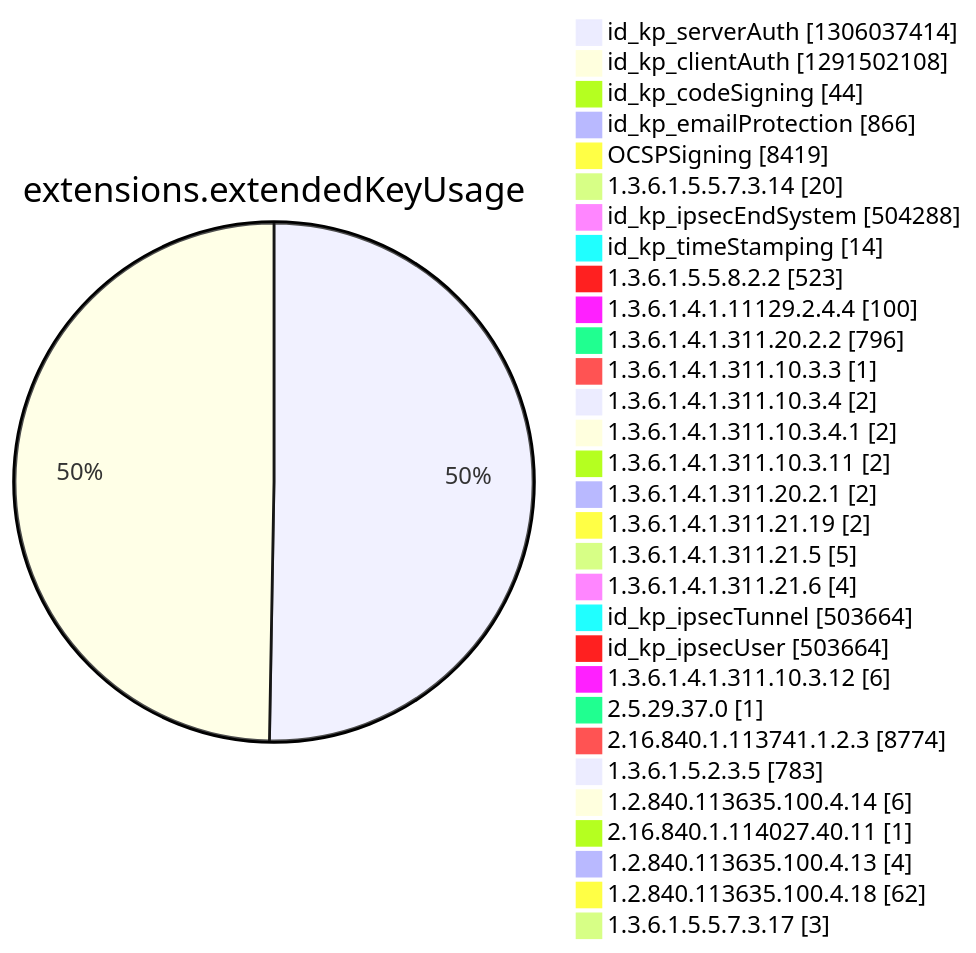
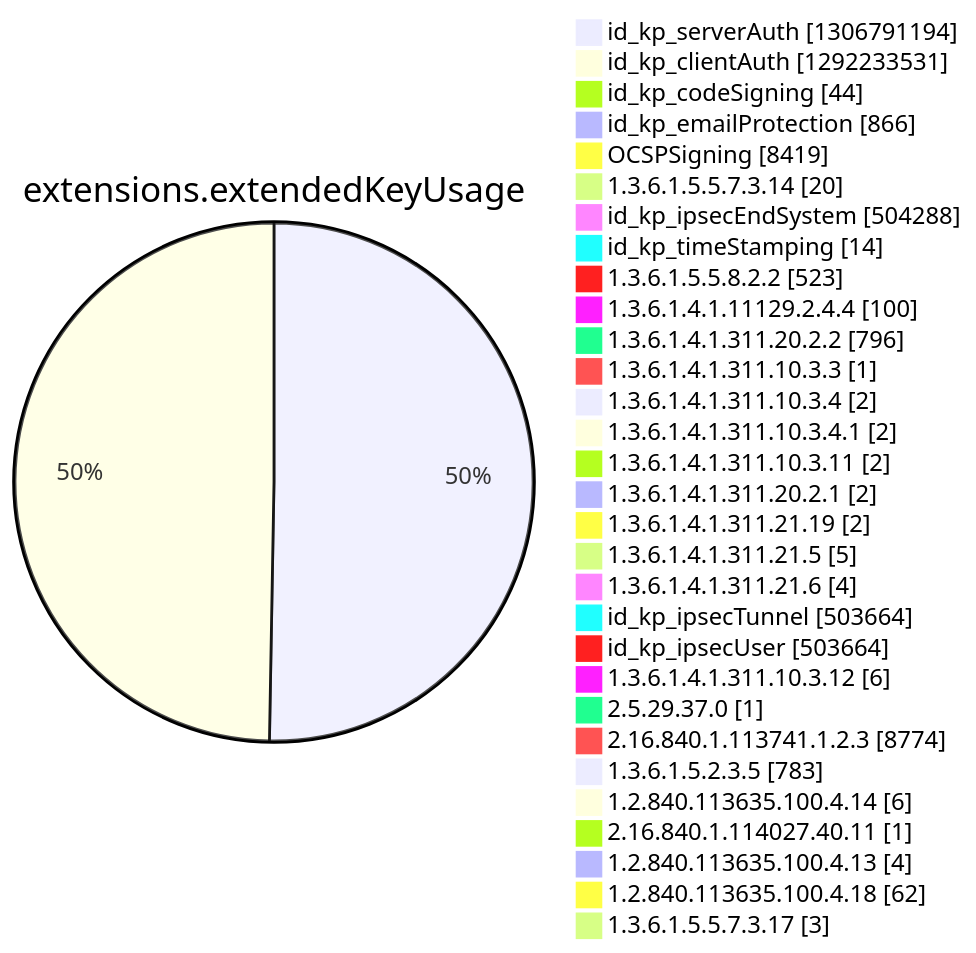
Diagram 12 of 15 in argon2022/README.md (christiankrug/ctmonitor_visualization), drawn with Mermaid before and after one commit. The commit also changed other lines of this file, not shown here.

````diff
--- a/argon2022/README.md
+++ b/argon2022/README.md
@@ -3551,34 +3551,34 @@
 ```mermaid
 pie showData
 title extensions.extendedKeyUsage
-"id_kp_serverAuth" :1306037414
-"id_kp_clientAuth" :1291502108
+"id_kp_serverAuth" :1306791194
+"id_kp_clientAuth" :1292233531
 "id_kp_codeSigning" :44
 "id_kp_emailProtection" :866
 "OCSPSigning" :8419
 "1.3.6.1.5.5.7.3.14" :20
 "id_kp_ipsecEndSystem" :504288
 "id_kp_timeStamping" :14
 "1.3.6.1.5.5.8.2.2" :523
 "1.3.6.1.4.1.11129.2.4.4" :100
 "1.3.6.1.4.1.311.20.2.2" :796
 "1.3.6.1.4.1.311.10.3.3" :1
 "1.3.6.1.4.1.311.10.3.4" :2
 "1.3.6.1.4.1.311.10.3.4.1" :2
 "1.3.6.1.4.1.311.10.3.11" :2
 "1.3.6.1.4.1.311.20.2.1" :2
 "1.3.6.1.4.1.311.21.19" :2
 "1.3.6.1.4.1.311.21.5" :5
 "1.3.6.1.4.1.311.21.6" :4
 "id_kp_ipsecTunnel" :503664
 "id_kp_ipsecUser" :503664
 "1.3.6.1.4.1.311.10.3.12" :6
 "2.5.29.37.0" :1
 "2.16.840.1.113741.1.2.3" :8774
 "1.3.6.1.5.2.3.5" :783
 "1.2.840.113635.100.4.14" :6
 "2.16.840.1.114027.40.11" :1
 "1.2.840.113635.100.4.13" :4
 "1.2.840.113635.100.4.18" :62
 "1.3.6.1.5.5.7.3.17" :3
 ```
````
